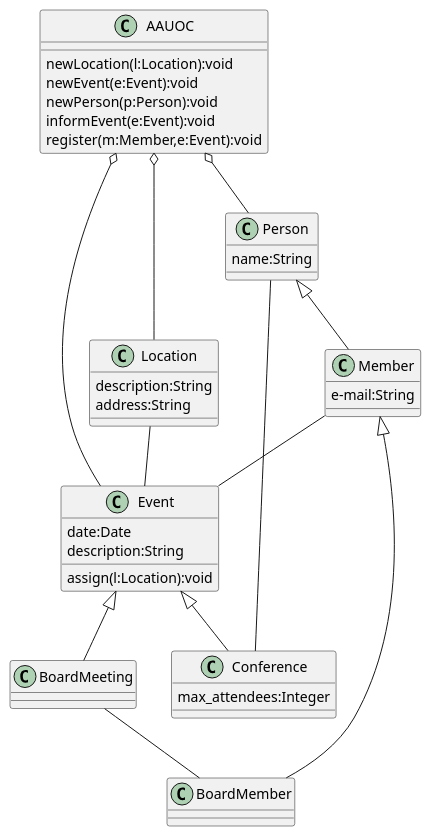
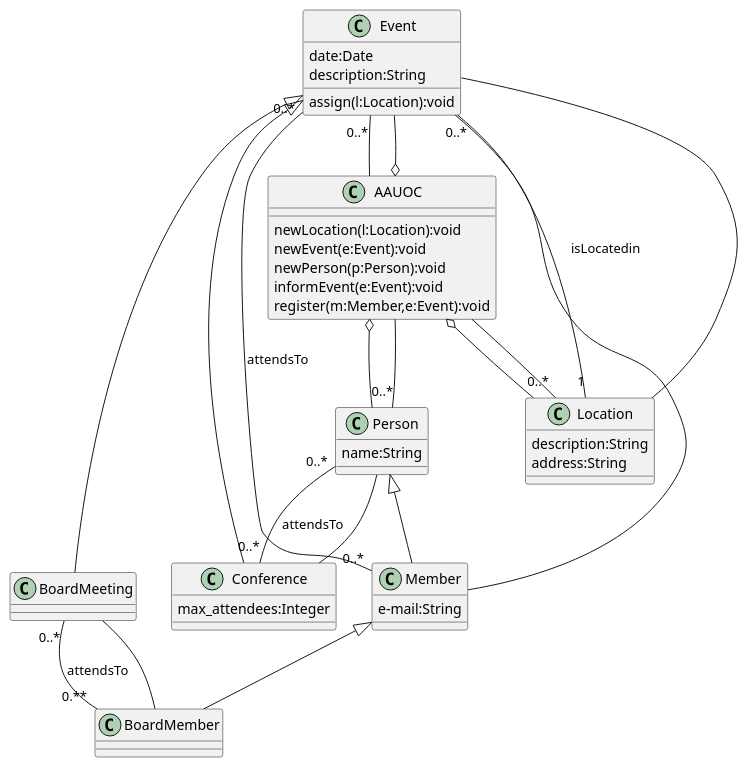
The diagram in src/UMLJorgeSelva.puml (laquecu/UMLClasesJorgeSelva), drawn with PlantUML before and after one commit.

Commit message:
fin del diagrama de clases

```diff
--- a/src/UMLJorgeSelva.puml
+++ b/src/UMLJorgeSelva.puml
@@ -1,42 +1,50 @@
 @startuml
 class Event {
 date:Date
 assign(l:Location):void
 description:String
 }
 class Conference {
 max_attendees:Integer
 }
 class BoardMeeting {}
 Event<|-- Conference
 Event<|-- BoardMeeting
 class Person {
 name:String
 }
 class Member {
 e-mail:String
 }
 class BoardMember {}
 Person<|-- Member
 Member<|-- BoardMember
 class AAUOC {
 newLocation(l:Location):void
 newEvent(e:Event):void
 newPerson(p:Person):void
 informEvent(e:Event):void
 register(m:Member,e:Event):void
 }
 class Location {
 description:String
 address:String
 }
 AAUOC o-- Event
 AAUOC o-- Location
 AAUOC o-- Person
 Person -- Conference
 Location -- Event
 Member -- Event
 BoardMeeting -- BoardMember
+Location"0..*"--AAUOC
+Location"1"--"0..*"Event: isLocatedin
+Event"0..*"--AAUOC
+Person"0..*"--AAUOC
+Person"0..*"--"0..*"Conference: attendsTo
+Event"0..*"--"0..*"Member: attendsTo
+BoardMeeting"0..*"--"0.**"BoardMember: attendsTo
+
 
 
 @enduml
```
